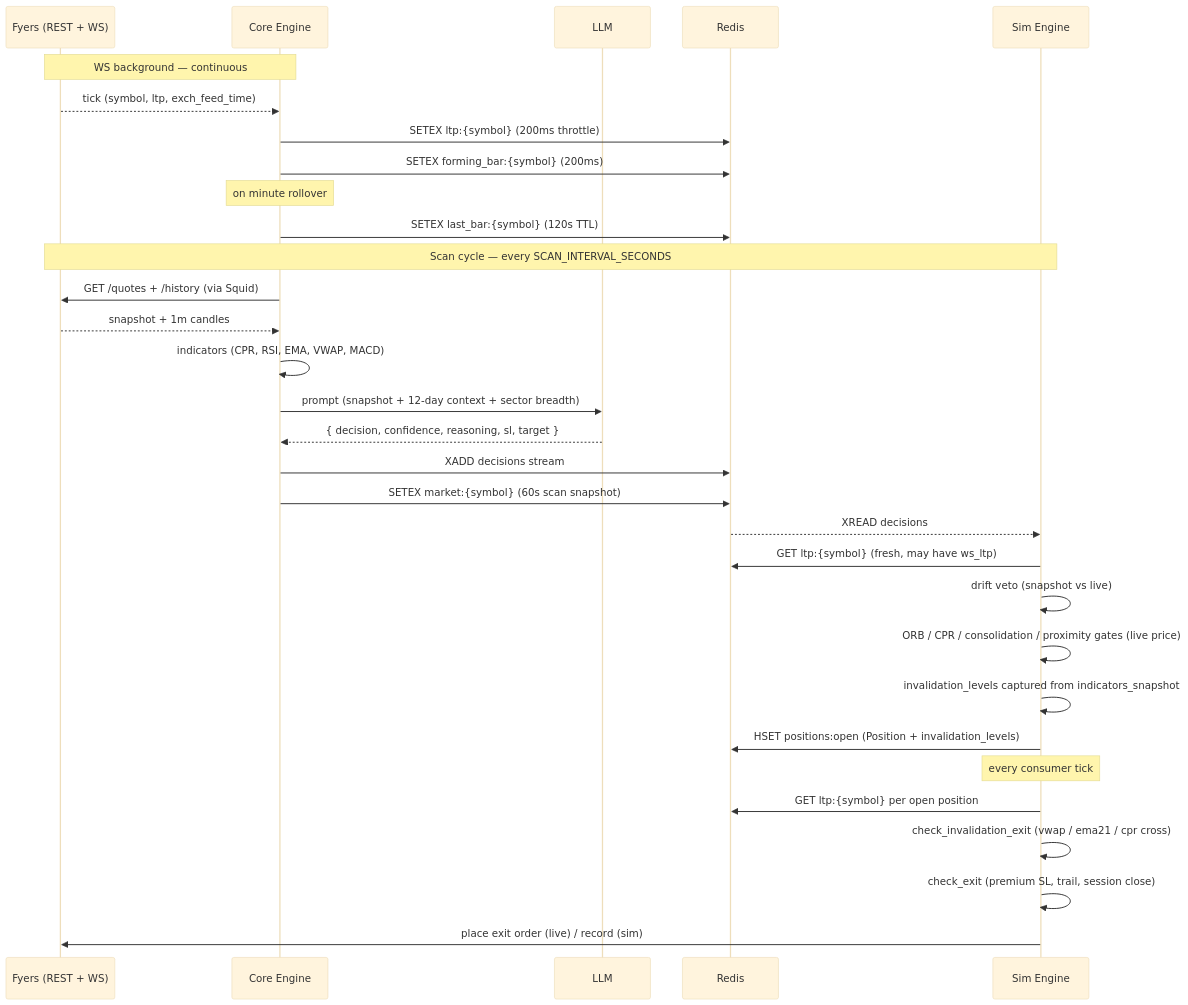
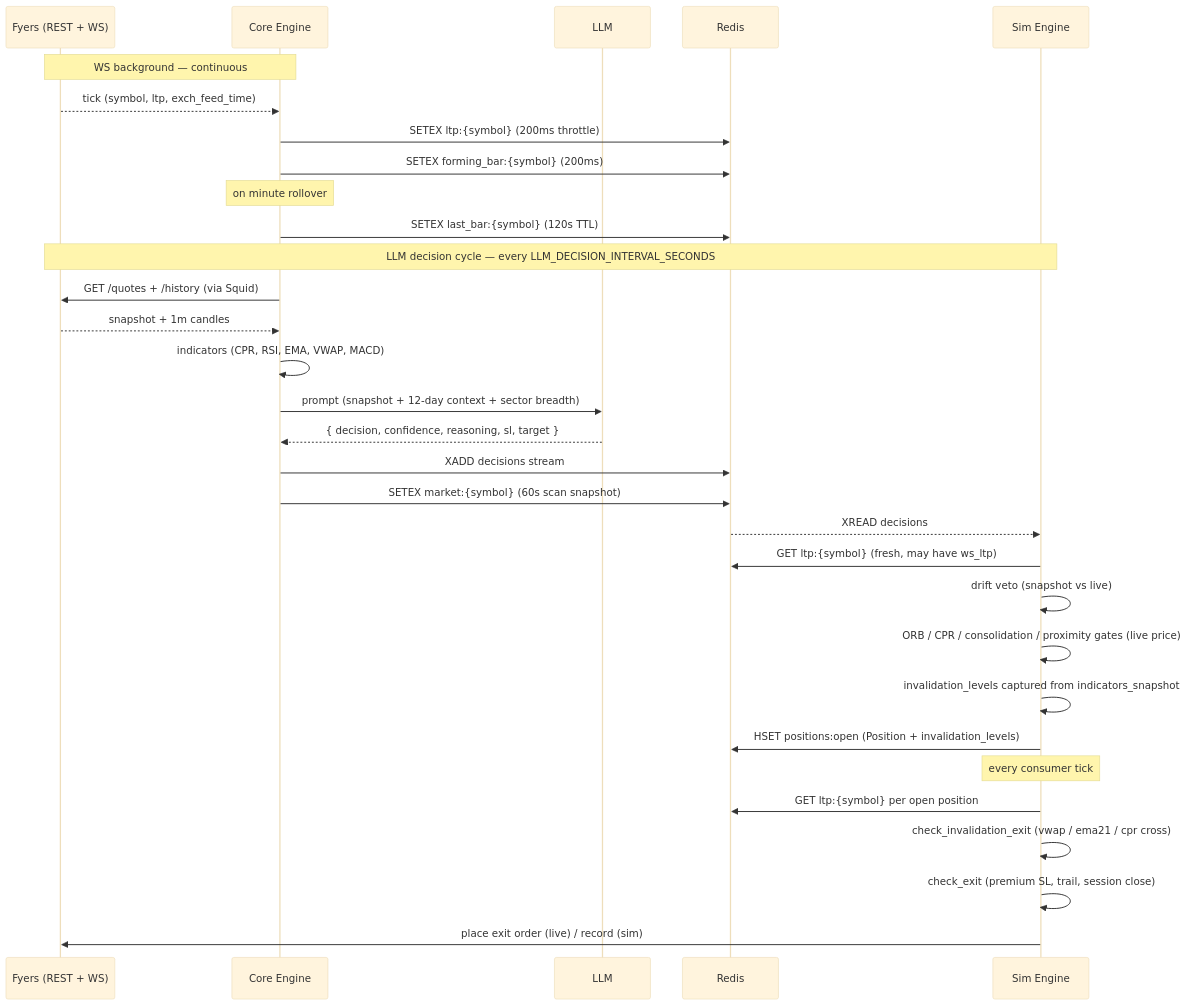
Before and after one commit to rickydjohn/fyers-autotrader: the second of 4 diagrams in ARCHITECTURE.md, drawn with Mermaid (base theme). The commit also changed 9 other files, not shown here.

First line of the commit message:
chore: rename SCAN_INTERVAL_SECONDS → LLM_DECISION_INTERVAL_SECONDS, POSITION_WATCHER_INTERVAL_SECONDS → GREEKS_POLL_INTERVAL_SECONDS

````diff
--- a/ARCHITECTURE.md
+++ b/ARCHITECTURE.md
@@ -49,37 +49,37 @@
 ```mermaid
 sequenceDiagram
     participant F as Fyers (REST + WS)
     participant C as Core Engine
     participant O as LLM
     participant R as Redis
     participant S as Sim Engine
 
     Note over F,C: WS background — continuous
     F-->>C: tick (symbol, ltp, exch_feed_time)
     C->>R: SETEX ltp:{symbol} (200ms throttle)
     C->>R: SETEX forming_bar:{symbol} (200ms)
     Note over C: on minute rollover
     C->>R: SETEX last_bar:{symbol} (120s TTL)
 
-    Note over F,S: Scan cycle — every SCAN_INTERVAL_SECONDS
+    Note over F,S: LLM decision cycle — every LLM_DECISION_INTERVAL_SECONDS
     C->>F: GET /quotes + /history (via Squid)
     F-->>C: snapshot + 1m candles
     C->>C: indicators (CPR, RSI, EMA, VWAP, MACD)
     C->>O: prompt (snapshot + 12-day context + sector breadth)
     O-->>C: { decision, confidence, reasoning, sl, target }
     C->>R: XADD decisions stream
     C->>R: SETEX market:{symbol}  (60s scan snapshot)
 
     R-->>S: XREAD decisions
     S->>R: GET ltp:{symbol}  (fresh, may have ws_ltp)
     S->>S: drift veto (snapshot vs live)
     S->>S: ORB / CPR / consolidation / proximity gates (live price)
     S->>S: invalidation_levels captured from indicators_snapshot
     S->>R: HSET positions:open (Position + invalidation_levels)
 
     Note over S: every consumer tick
     S->>R: GET ltp:{symbol} per open position
     S->>S: check_invalidation_exit (vwap / ema21 / cpr cross)
     S->>S: check_exit (premium SL, trail, session close)
     S->>F: place exit order (live) / record (sim)
 ```
````
